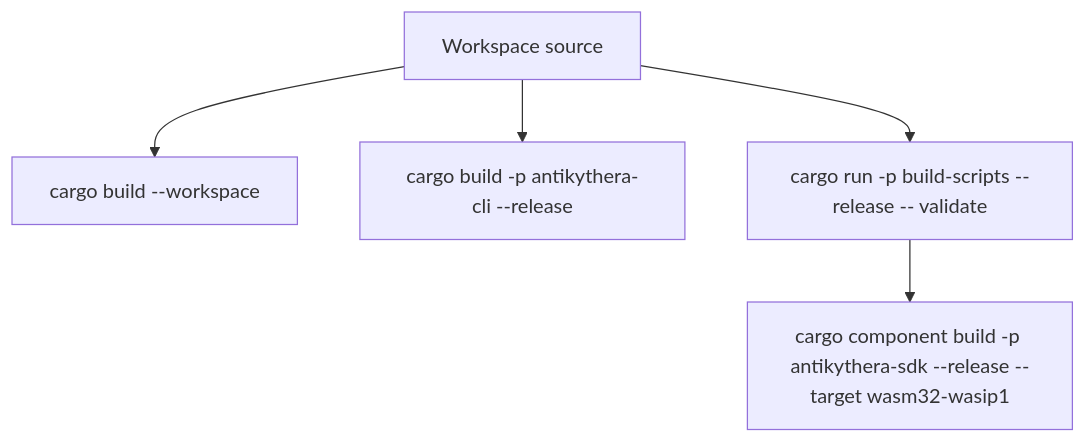
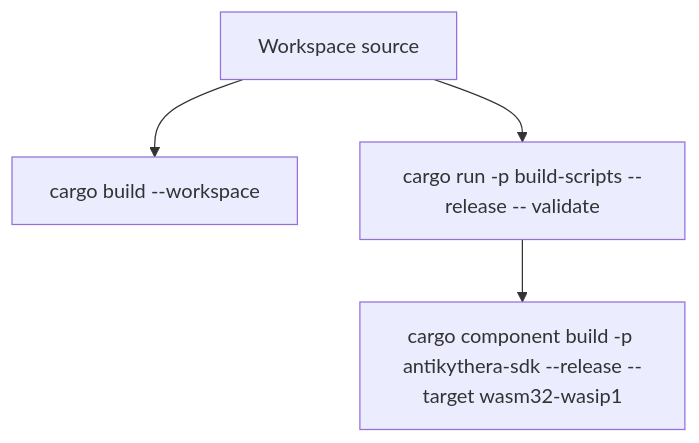
The first of 3 diagrams in documentation/BUILD.md (tsfarizi/antikythera-mcp-framework), drawn with Mermaid before and after one commit. The commit also changed other lines of this file and 157 other files, not shown here.

````diff
--- a/documentation/BUILD.md
+++ b/documentation/BUILD.md
@@ -7,7 +7,6 @@
 ```mermaid
 flowchart TD
     SRC[Workspace source] --> CARGO[cargo build --workspace]
-    SRC --> CLI[cargo build -p antikythera-cli --release]
     SRC --> WIT[cargo run -p build-scripts --release -- validate]
     WIT --> COMPONENT[cargo component build -p antikythera-sdk --release --target wasm32-wasip1]
 ```
````
